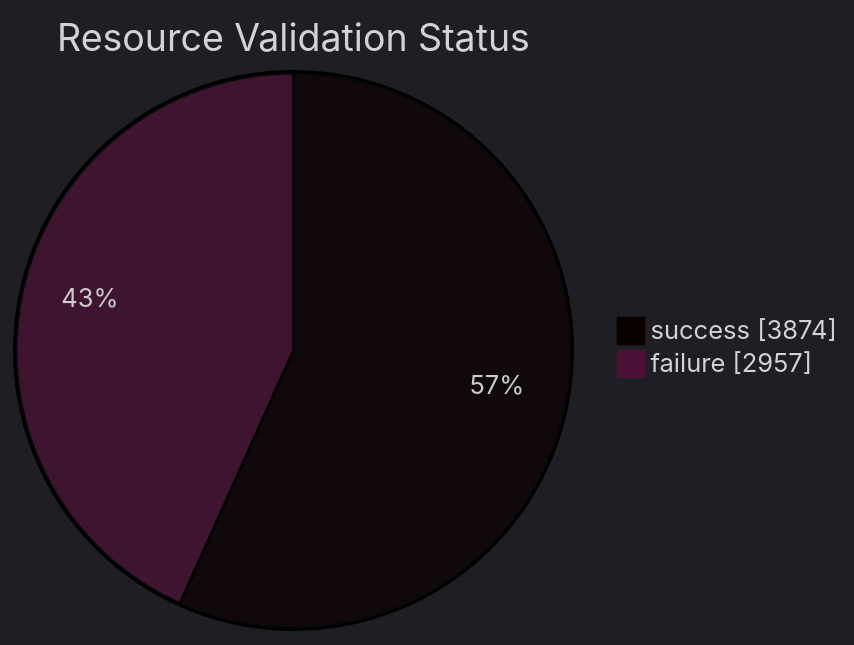
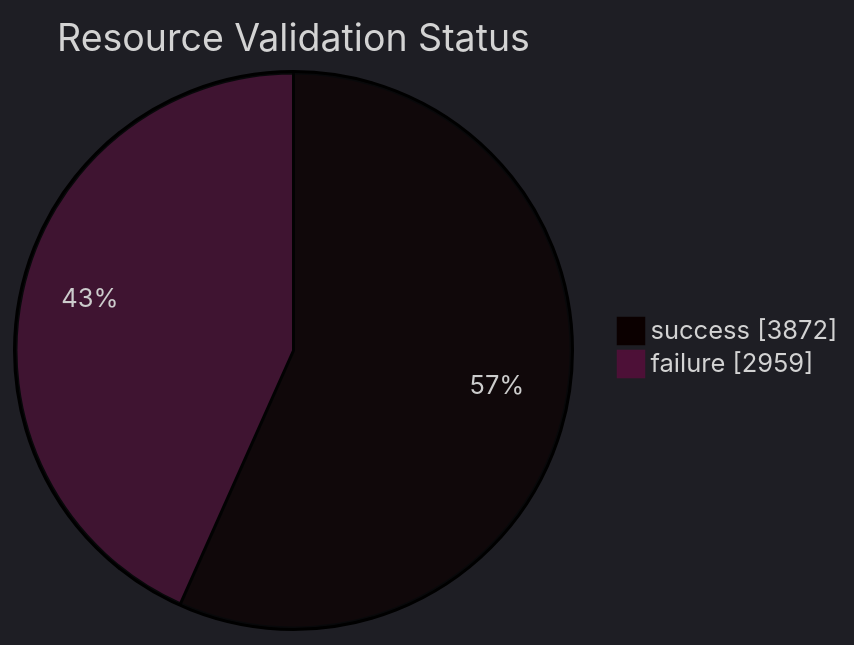
The diagram in datastore_tracker/resource_validation_status_pie_chart.md (open-data/analytics-corporate-reporting), drawn with Mermaid before and after one commit. The commit also changed 8 other files, not shown here.

````diff
--- a/datastore_tracker/resource_validation_status_pie_chart.md
+++ b/datastore_tracker/resource_validation_status_pie_chart.md
@@ -2,9 +2,9 @@
 ```mermaid
 ---
 config:
   theme: dark
 ---
 pie showData title Resource Validation Status
-    "success": 3874
-    "failure": 2957
+    "success": 3872
+    "failure": 2959
 ```
````
